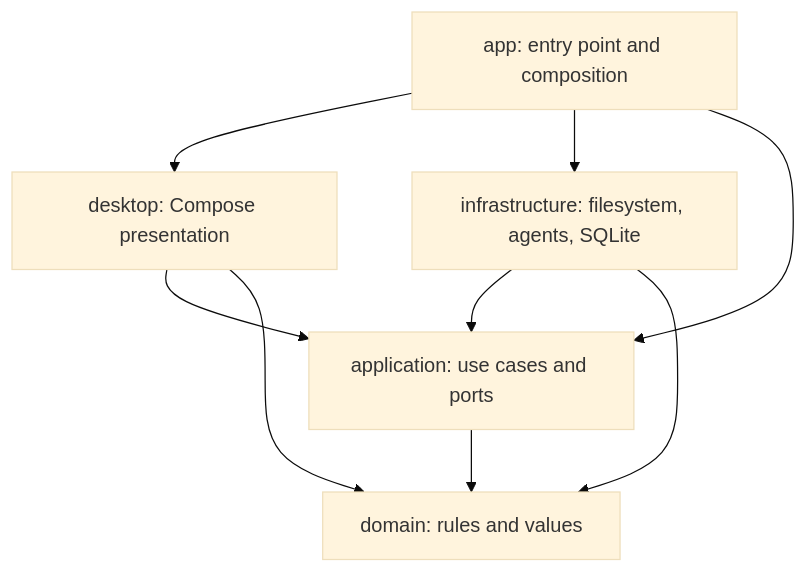
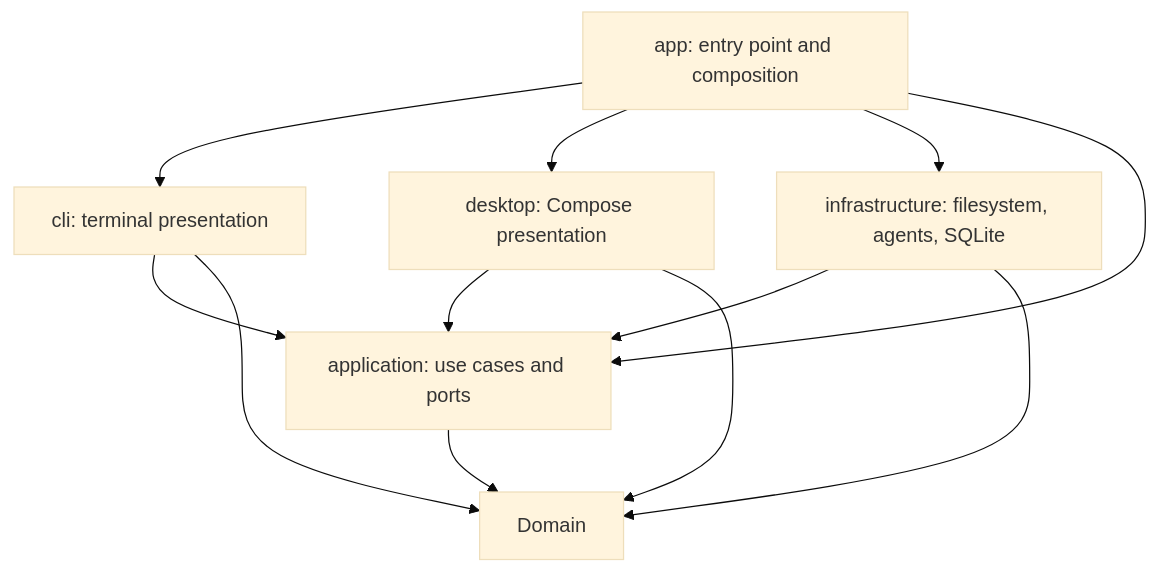
The diagram in docs/ARCHITECTURE.md (Sermilion/SkillLink), drawn with Mermaid (base theme) before and after one commit. The commit also changed other lines of this file and 109 other files, not shown here.

````diff
--- a/docs/ARCHITECTURE.md
+++ b/docs/ARCHITECTURE.md
@@ -45,11 +45,14 @@
 ```mermaid
 flowchart TD
-    App[app: entry point and composition] --> Desktop[desktop: Compose presentation]
+    App[app: entry point and composition] --> Cli[cli: terminal presentation]
+    App --> Desktop[desktop: Compose presentation]
     App --> Infrastructure[infrastructure: filesystem, agents, SQLite]
     App --> Application[application: use cases and ports]
+    Cli --> Application
+    Cli --> Domain
     Desktop --> Application
-    Desktop --> Domain[domain: rules and values]
+    Desktop --> Domain
     Infrastructure --> Application
     Infrastructure --> Domain
     Application --> Domain
 ```
````
